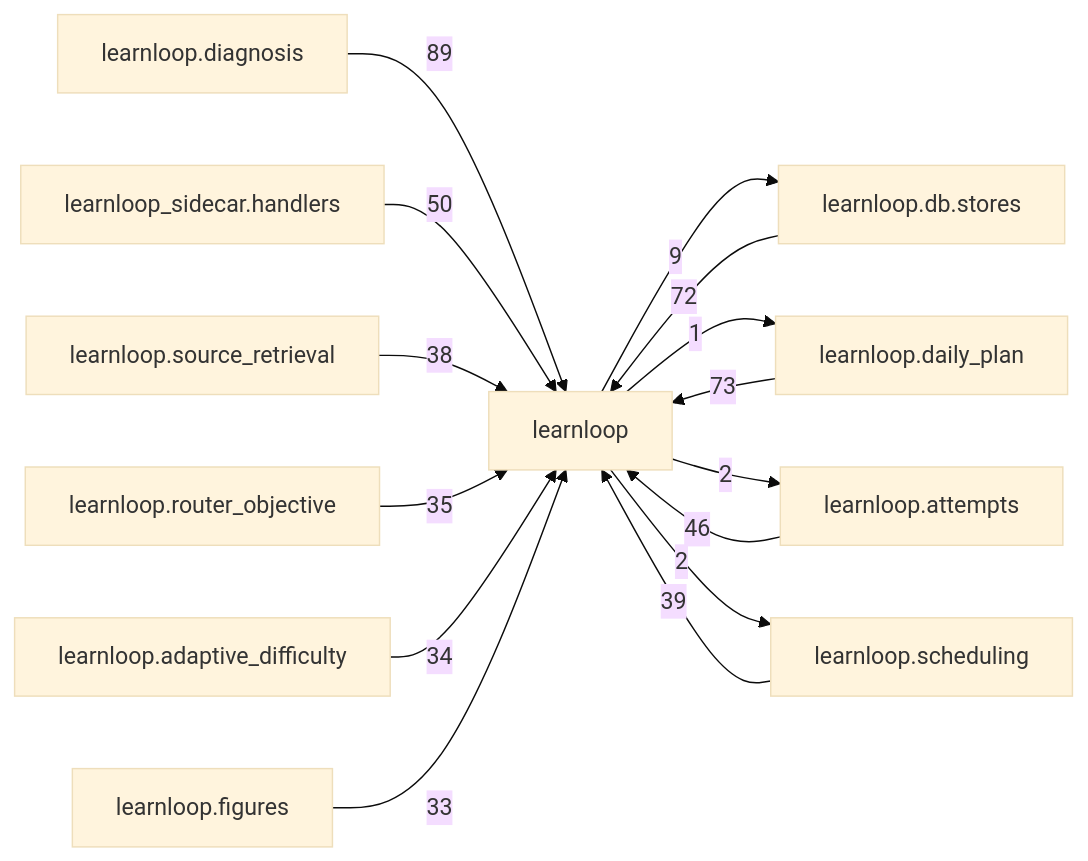
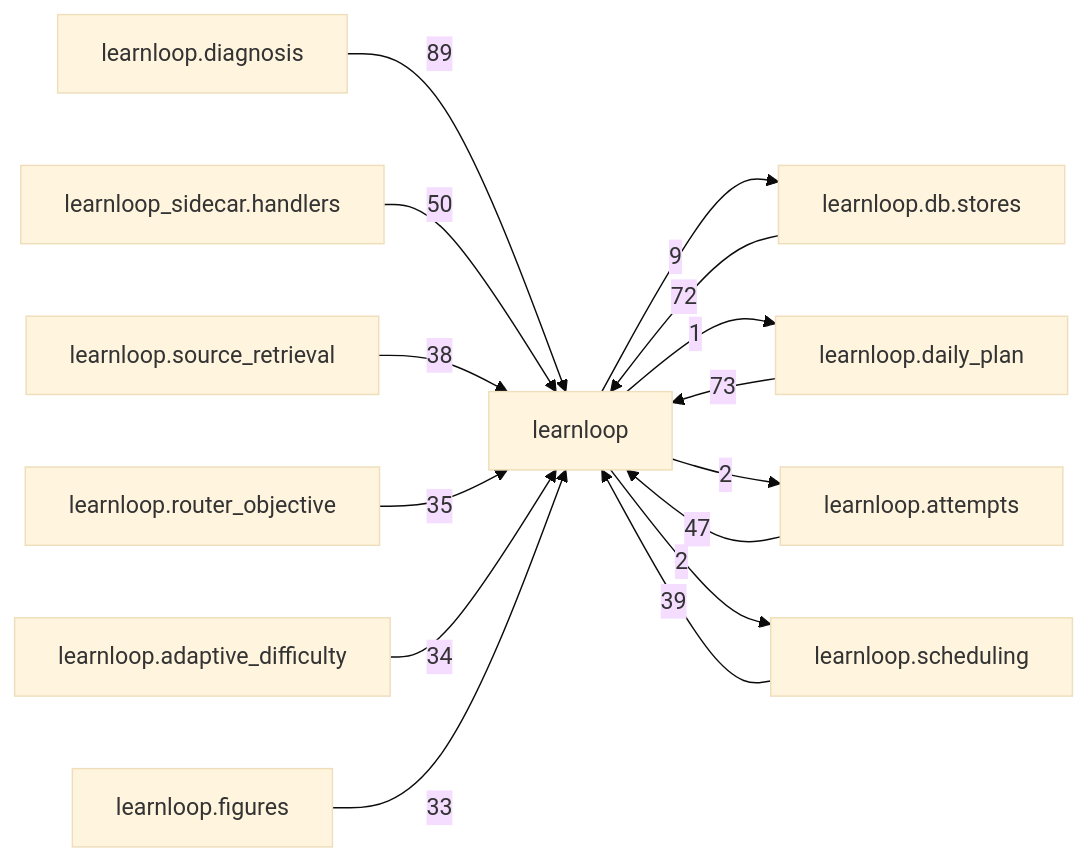
Before and after one commit to 6up-b/learnanything: the diagram in docs/learnloop-architecture-vault/Reference/Modules/learnloop/_package.md, drawn with Mermaid (base theme). The commit also changed other lines of this file and 40 other files, not shown here.

````diff
--- a/docs/learnloop-architecture-vault/Reference/Modules/learnloop/_package.md
+++ b/docs/learnloop-architecture-vault/Reference/Modules/learnloop/_package.md
@@ -271,28 +271,28 @@
 ```mermaid
 flowchart LR
     center["learnloop"]
     n_learnloop_diagnosis["learnloop.diagnosis"]
     n_learnloop_db_stores["learnloop.db.stores"]
     n_learnloop_daily_plan["learnloop.daily_plan"]
     n_learnloop_sidecar_handlers["learnloop_sidecar.handlers"]
     n_learnloop_attempts["learnloop.attempts"]
     n_learnloop_scheduling["learnloop.scheduling"]
     n_learnloop_source_retrieval["learnloop.source_retrieval"]
     n_learnloop_router_objective["learnloop.router_objective"]
     n_learnloop_adaptive_difficulty["learnloop.adaptive_difficulty"]
     n_learnloop_figures["learnloop.figures"]
     n_learnloop_diagnosis -->|89| center
     n_learnloop_db_stores -->|72| center
     center -->|9| n_learnloop_db_stores
     n_learnloop_daily_plan -->|73| center
     center -->|1| n_learnloop_daily_plan
     n_learnloop_sidecar_handlers -->|50| center
-    n_learnloop_attempts -->|46| center
+    n_learnloop_attempts -->|47| center
     center -->|2| n_learnloop_attempts
     n_learnloop_scheduling -->|39| center
     center -->|2| n_learnloop_scheduling
     n_learnloop_source_retrieval -->|38| center
     n_learnloop_router_objective -->|35| center
     n_learnloop_adaptive_difficulty -->|34| center
     n_learnloop_figures -->|33| center
 ```
````
